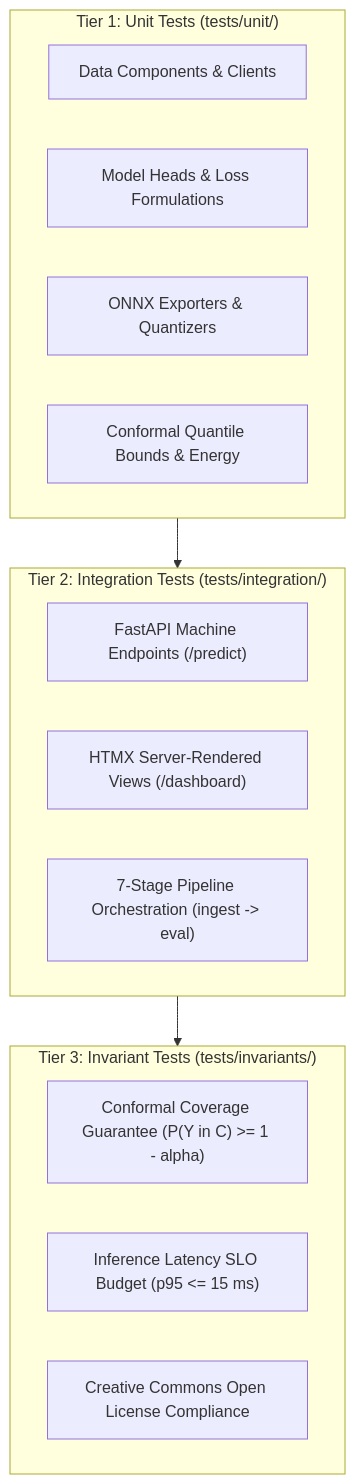
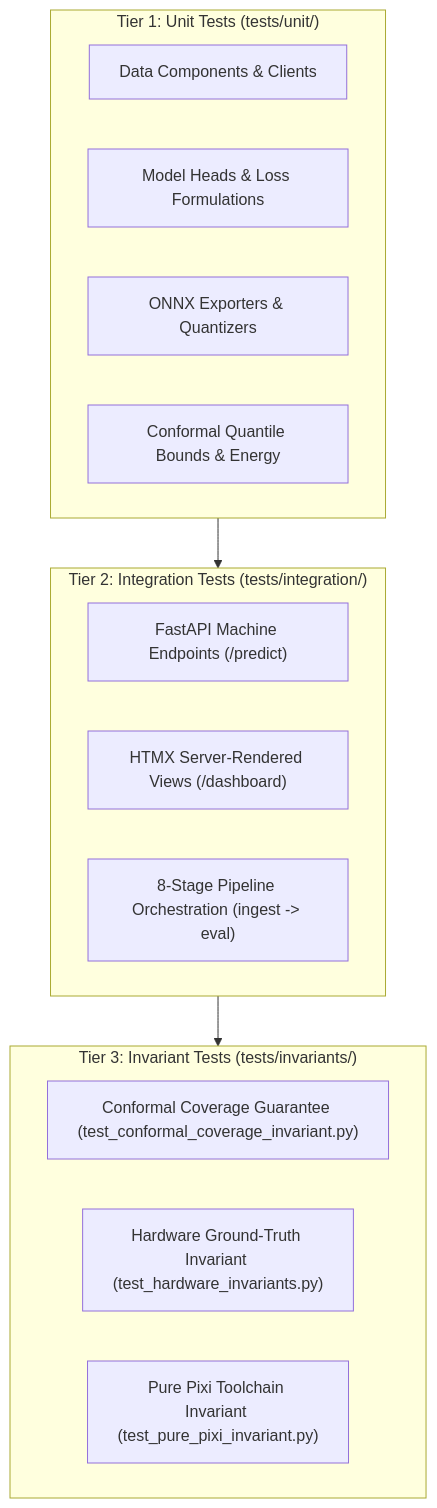
Before and after one commit to foersben/taxon-vision-mlops: the second of 2 diagrams in docs/operations/agentic_governance_and_okf.md, drawn with Mermaid. The commit also changed other lines of this file and 33 other files, not shown here.

Commit message:
docs(zensical): harmonise latency SLOs, empirical metrics, and file paths with ground truth

````diff
--- a/docs/operations/agentic_governance_and_okf.md
+++ b/docs/operations/agentic_governance_and_okf.md
@@ -200,23 +200,23 @@
 ```mermaid
 flowchart TD
     subgraph T1["Tier 1: Unit Tests (tests/unit/)"]
         U1["Data Components & Clients"]
         U2["Model Heads & Loss Formulations"]
         U3["ONNX Exporters & Quantizers"]
         U4["Conformal Quantile Bounds & Energy"]
     end
 
     subgraph T2["Tier 2: Integration Tests (tests/integration/)"]
         I1["FastAPI Machine Endpoints (/predict)"]
         I2["HTMX Server-Rendered Views (/dashboard)"]
-        I3["7-Stage Pipeline Orchestration (ingest -> eval)"]
+        I3["8-Stage Pipeline Orchestration (ingest -> eval)"]
     end
 
     subgraph T3["Tier 3: Invariant Tests (tests/invariants/)"]
-        N1["Conformal Coverage Guarantee (P(Y in C) >= 1 - alpha)"]
-        N2["Inference Latency SLO Budget (p95 <= 15 ms)"]
-        N3["Creative Commons Open License Compliance"]
+        N1["Conformal Coverage Guarantee (test_conformal_coverage_invariant.py)"]
+        N2["Hardware Ground-Truth Invariant (test_hardware_invariants.py)"]
+        N3["Pure Pixi Toolchain Invariant (test_pure_pixi_invariant.py)"]
     end
 
     T1 --> T2 --> T3
 ```
````
